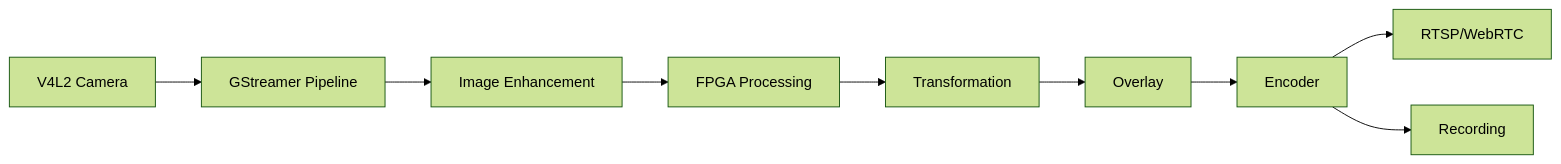
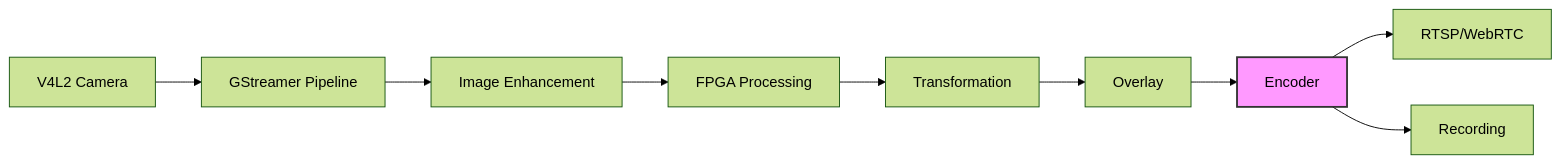
The second of 9 diagrams in docs/architecture/overview.md (JayeshKakkad-Rotoclear/Rotoclear-C-Pro-Docs), drawn with Mermaid (forest theme) before and after one commit. The commit also changed other lines of this file and 14 other files, not shown here.

Commit message:
Improve Mermaid diagram formatting for better presentation - Added better spacing, styling, and layout - Enhanced readability with color coding and proper node alignment - Improved subgraph organization - Better decision tree layouts

````diff
--- a/docs/architecture/overview.md
+++ b/docs/architecture/overview.md
@@ -164,11 +189,14 @@
 ```mermaid
 graph LR
     A[V4L2 Camera] --> B[GStreamer Pipeline]
     B --> C[Image Enhancement]
     C --> D[FPGA Processing]
     D --> E[Transformation]
     E --> F[Overlay]
     F --> G[Encoder]
+    
     G --> H[RTSP/WebRTC]
     G --> I[Recording]
+    
+    style G fill:#f9f,stroke:#333,stroke-width:2px
 ```
````
